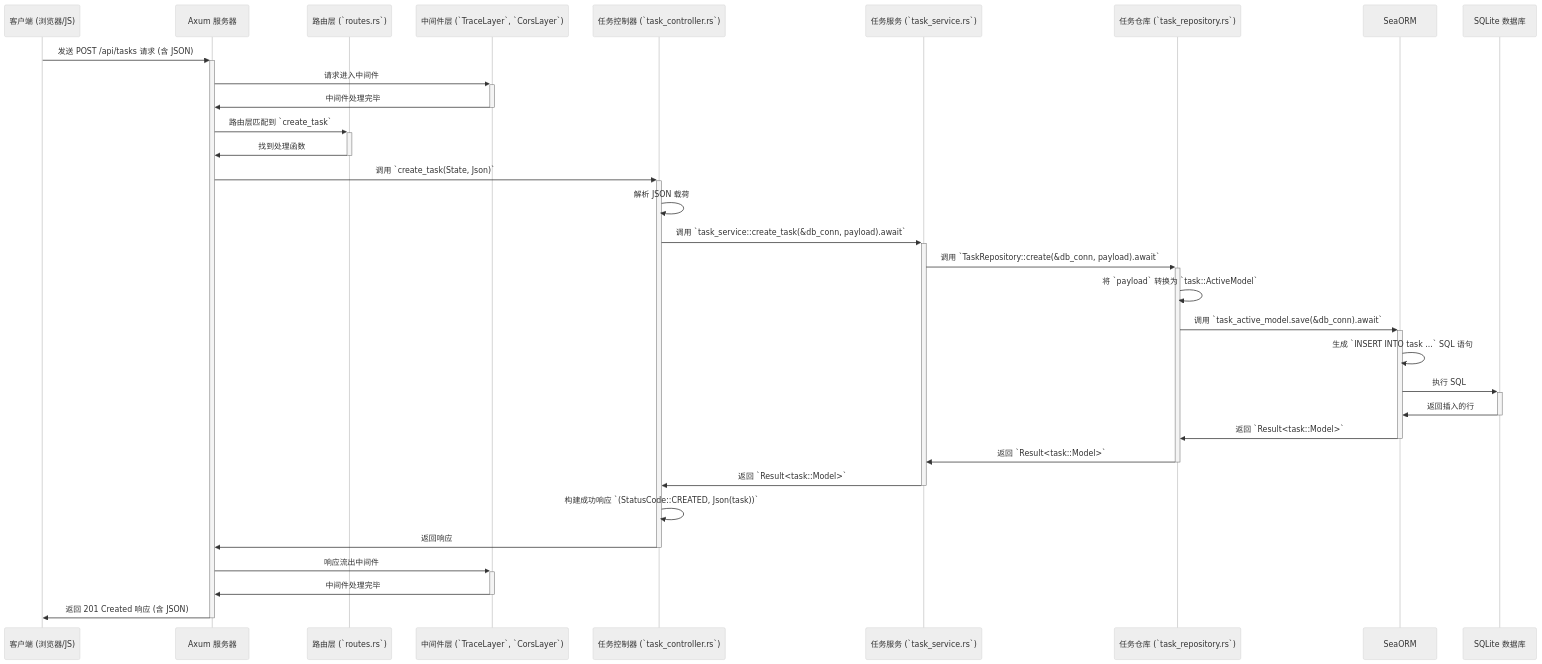
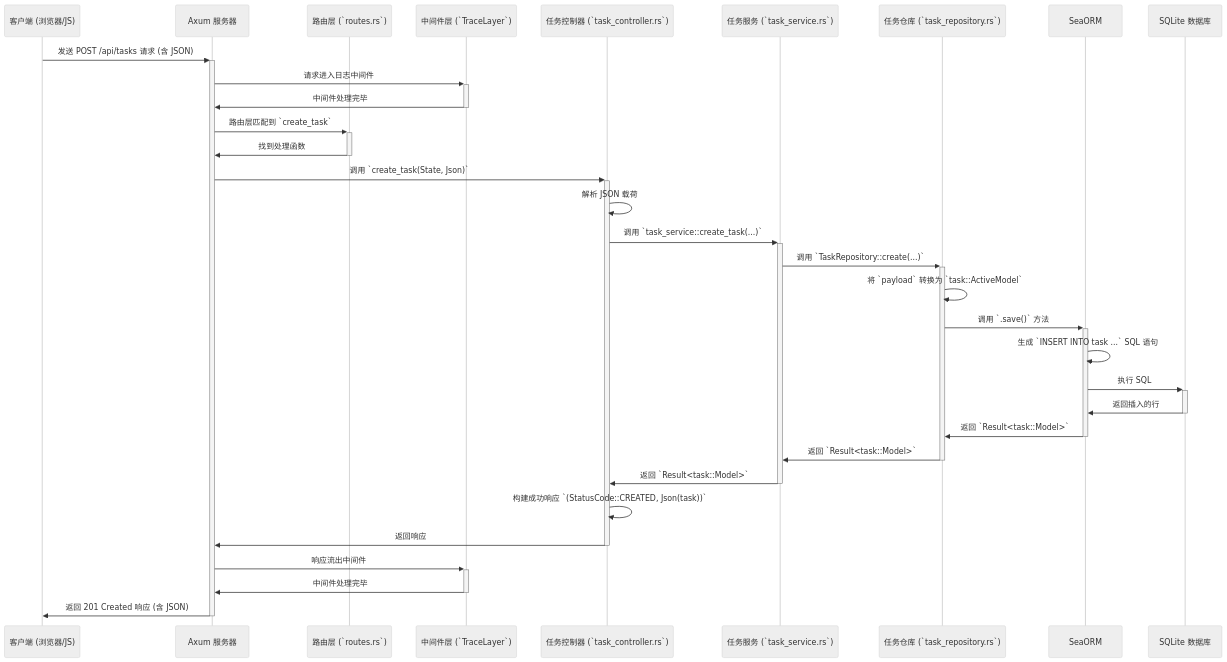
One commit to fasfsagg/rust changed the third of 3 diagrams in README.md. Above: the diagram before and after it, drawn with Mermaid (neutral theme). The commit also changed other lines of this file and 49 other files, not shown here.

````diff
--- a/README.md
+++ b/README.md
@@ -137,35 +135,35 @@
 ```mermaid
 sequenceDiagram
     participant C as 客户端 (浏览器/JS)
     participant S as Axum 服务器
     participant RL as 路由层 (`routes.rs`)
-    participant MW as 中间件层 (`TraceLayer`, `CorsLayer`)
+    participant MW as 中间件层 (`TraceLayer`)
     participant TC as 任务控制器 (`task_controller.rs`)
     participant TS as 任务服务 (`task_service.rs`)
     participant TR as 任务仓库 (`task_repository.rs`)
     participant ORM as SeaORM
     participant DB as SQLite 数据库
 
     C->>+S: 发送 POST /api/tasks 请求 (含 JSON)
-    S->>+MW: 请求进入中间件
+    S->>+MW: 请求进入日志中间件
     MW->>-S: 中间件处理完毕
     S->>+RL: 路由层匹配到 `create_task`
     RL->>-S: 找到处理函数
     S->>+TC: 调用 `create_task(State, Json)`
     TC->>TC: 解析 JSON 载荷
-    TC->>+TS: 调用 `task_service::create_task(&db_conn, payload).await`
-    TS->>+TR: 调用 `TaskRepository::create(&db_conn, payload).await`
+    TC->>+TS: 调用 `task_service::create_task(...)`
+    TS->>+TR: 调用 `TaskRepository::create(...)`
     TR->>TR: 将 `payload` 转换为 `task::ActiveModel`
-    TR->>+ORM: 调用 `task_active_model.save(&db_conn).await`
+    TR->>+ORM: 调用 `.save()` 方法
     ORM->>ORM: 生成 `INSERT INTO task ...` SQL 语句
     ORM->>+DB: 执行 SQL
     DB->>-ORM: 返回插入的行
     ORM->>-TR: 返回 `Result<task::Model>`
     TR->>-TS: 返回 `Result<task::Model>`
     TS->>-TC: 返回 `Result<task::Model>`
     TC->>TC: 构建成功响应 `(StatusCode::CREATED, Json(task))`
     TC->>-S: 返回响应
     S->>+MW: 响应流出中间件
     MW->>-S: 中间件处理完毕
     S->>-C: 返回 201 Created 响应 (含 JSON)
 ```
````
